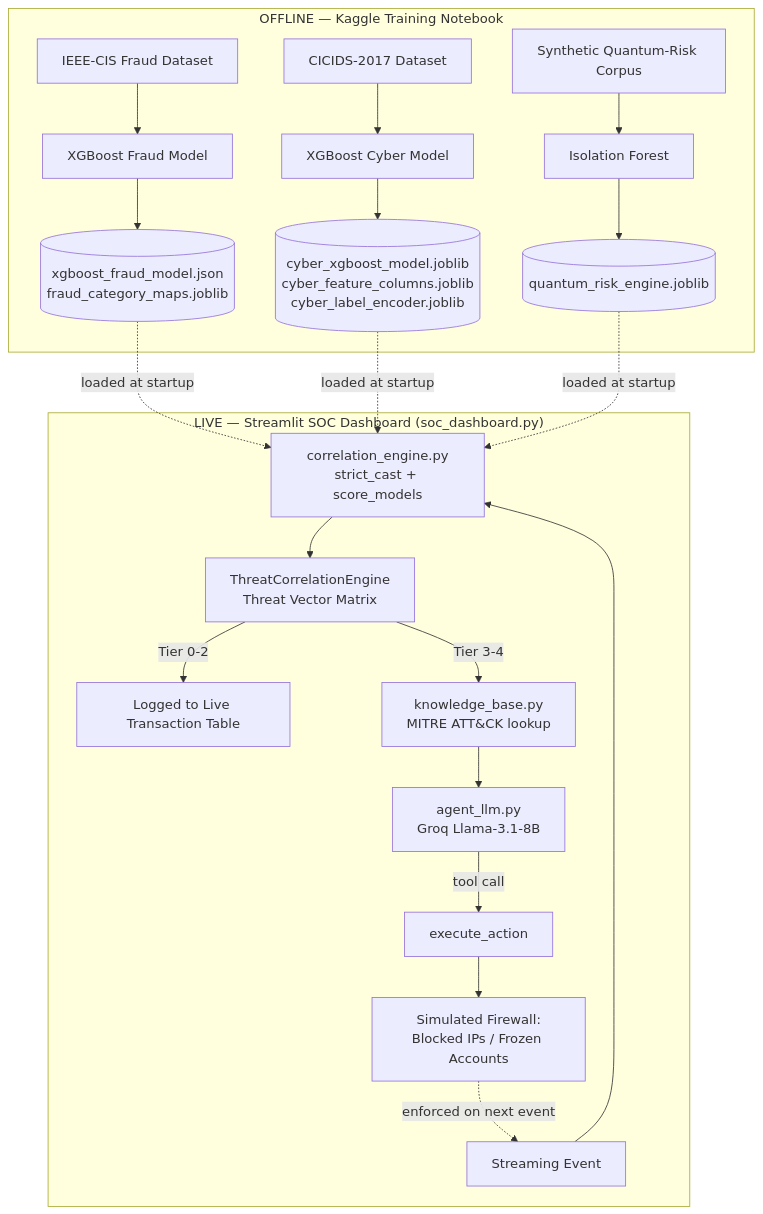
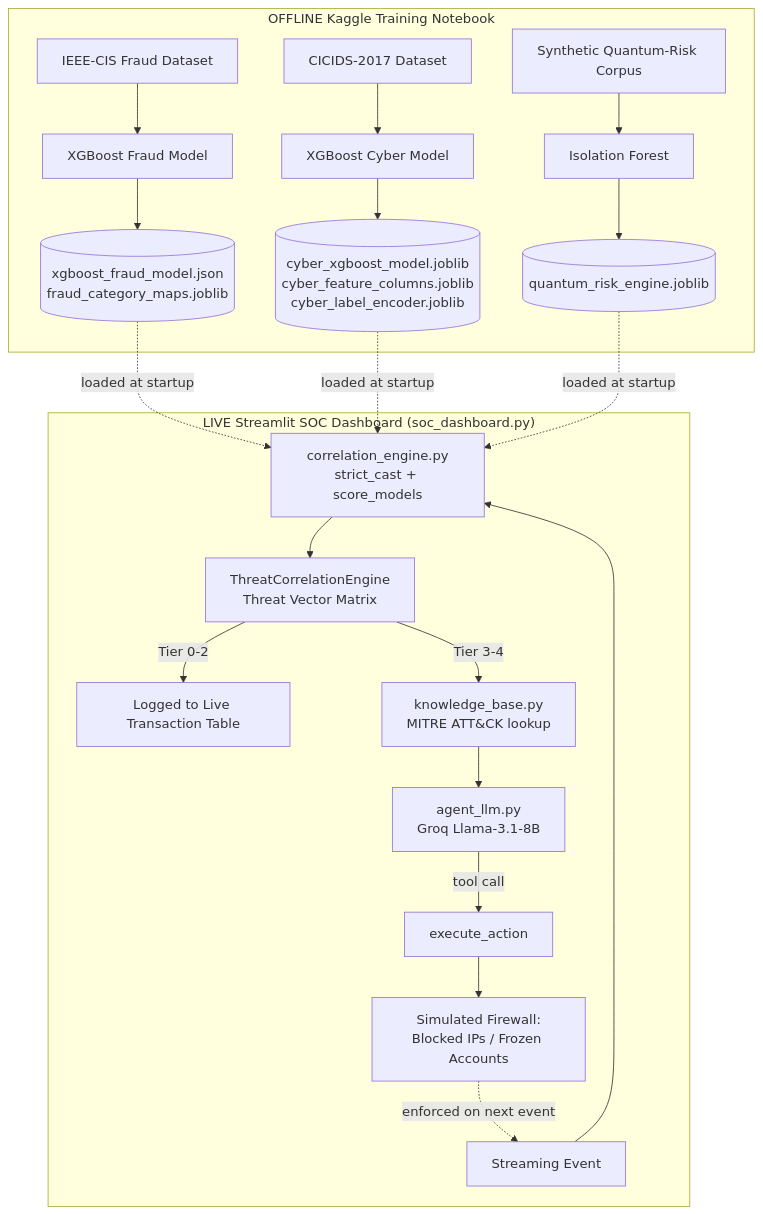
Before and after one commit to Om-more/BOM_Team_LoneWolf: the diagram in README.md, drawn with Mermaid. The commit also changed other lines of this file, not shown here.

````diff
--- a/README.md
+++ b/README.md
@@ -50,25 +50,25 @@
 ```mermaid
 flowchart TB
-    subgraph OFFLINE["OFFLINE — Kaggle Training Notebook"]
+    subgraph OFFLINE["OFFLINE  Kaggle Training Notebook"]
         A1[IEEE-CIS Fraud Dataset] --> T1[XGBoost Fraud Model]
         A2[CICIDS-2017 Dataset] --> T2[XGBoost Cyber Model]
         A3[Synthetic Quantum-Risk Corpus] --> T3[Isolation Forest]
         T1 --> M1[(xgboost_fraud_model.json<br/>fraud_category_maps.joblib)]
         T2 --> M2[(cyber_xgboost_model.joblib<br/>cyber_feature_columns.joblib<br/>cyber_label_encoder.joblib)]
         T3 --> M3[(quantum_risk_engine.joblib)]
     end
 
-    subgraph LIVE["LIVE — Streamlit SOC Dashboard (soc_dashboard.py)"]
+    subgraph LIVE["LIVE  Streamlit SOC Dashboard (soc_dashboard.py)"]
         S[Streaming Event] --> CE[correlation_engine.py<br/>strict_cast + score_models]
         M1 -.loaded at startup.-> CE
         M2 -.loaded at startup.-> CE
         M3 -.loaded at startup.-> CE
         CE --> TE[ThreatCorrelationEngine<br/>Threat Vector Matrix]
         TE -->|Tier 0-2| LOG[Logged to Live Transaction Table]
         TE -->|Tier 3-4| KB[knowledge_base.py<br/>MITRE ATT&CK lookup]
         KB --> LLM[agent_llm.py<br/>Groq Llama-3.1-8B]
         LLM -->|tool call| ACT[execute_action]
         ACT --> FW[Simulated Firewall:<br/>Blocked IPs / Frozen Accounts]
         FW -.enforced on next event.-> S
     end
 ```
````
